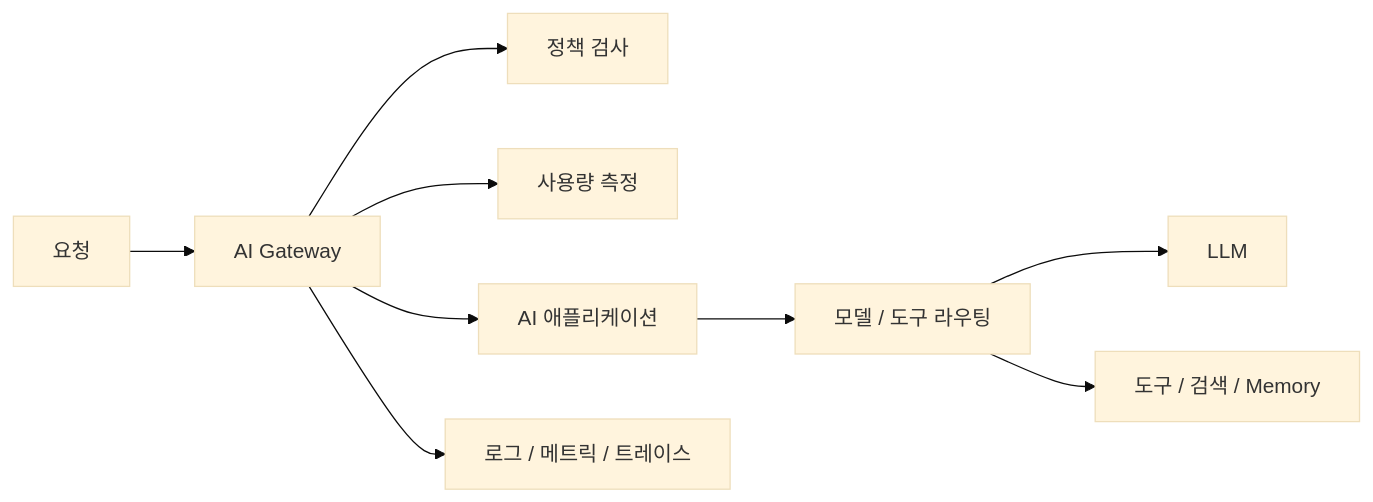
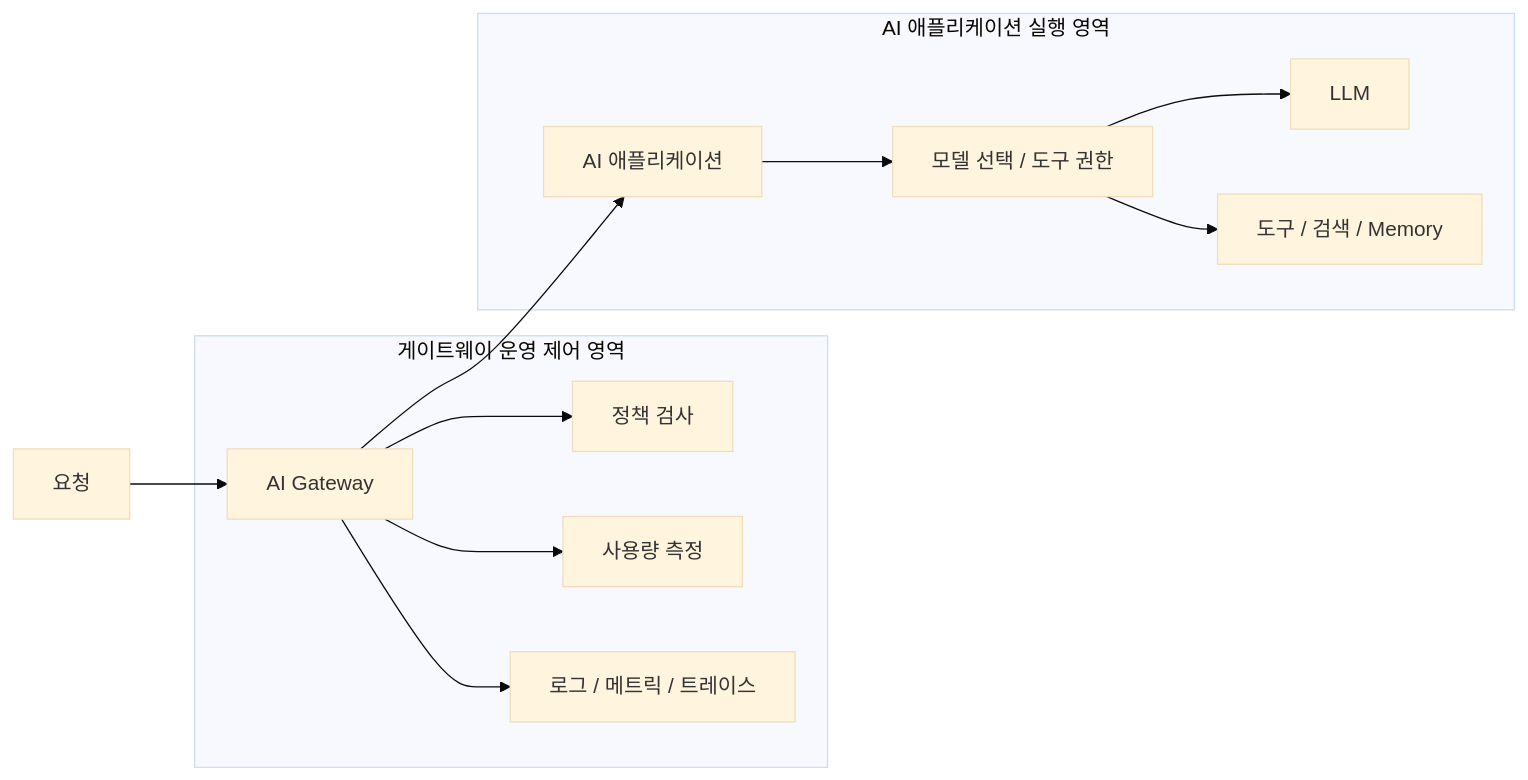
Before and after one commit to dev-len/private-docs: diagram 14 of 15 in ai_gateway_rag_memory_learning_book.md, drawn with Mermaid (base theme). The commit also changed other lines of this file, not shown here.

First line of the commit message:
﻿프록시와 게이트웨이 개념도를 입문자 눈높이에 맞춰 더 직관적으로 읽히게 한다

````diff
--- a/ai_gateway_rag_memory_learning_book.md
+++ b/ai_gateway_rag_memory_learning_book.md
@@ -809,11 +939,23 @@
 ```mermaid
 flowchart LR
     Request["요청"] --> Gateway["AI Gateway"]
-    Gateway --> Policy["정책 검사"]
-    Gateway --> Meter["사용량 측정"]
-    Gateway --> App["AI 애플리케이션"]
-    App --> Route["모델 / 도구 라우팅"]
-    Route --> LLM["LLM"]
-    Route --> Tool["도구 / 검색 / Memory"]
-    Gateway --> Observe["로그 / 메트릭 / 트레이스"]
+    subgraph GatewayOps["게이트웨이 운영 제어 영역"]
+        Gateway
+        Policy["정책 검사"]
+        Meter["사용량 측정"]
+        Observe["로그 / 메트릭 / 트레이스"]
+    end
+    subgraph AIRuntime["AI 애플리케이션 실행 영역"]
+        App["AI 애플리케이션"]
+        Route["모델 선택 / 도구 권한"]
+        LLM["LLM"]
+        Tool["도구 / 검색 / Memory"]
+    end
+    Gateway --> Policy
+    Gateway --> Meter
+    Gateway --> App
+    Gateway --> Observe
+    App --> Route
+    Route --> LLM
+    Route --> Tool
 ```
````
